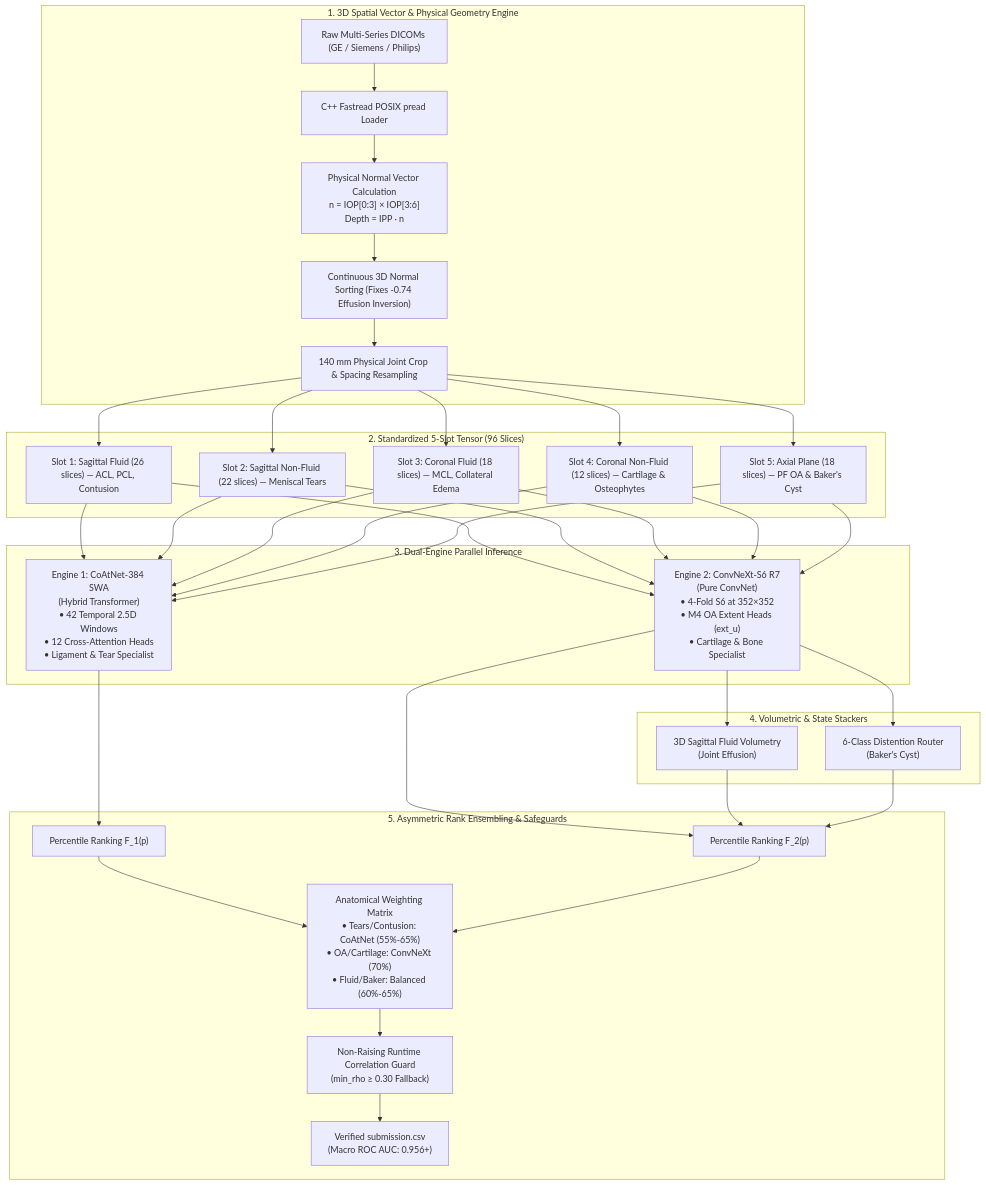
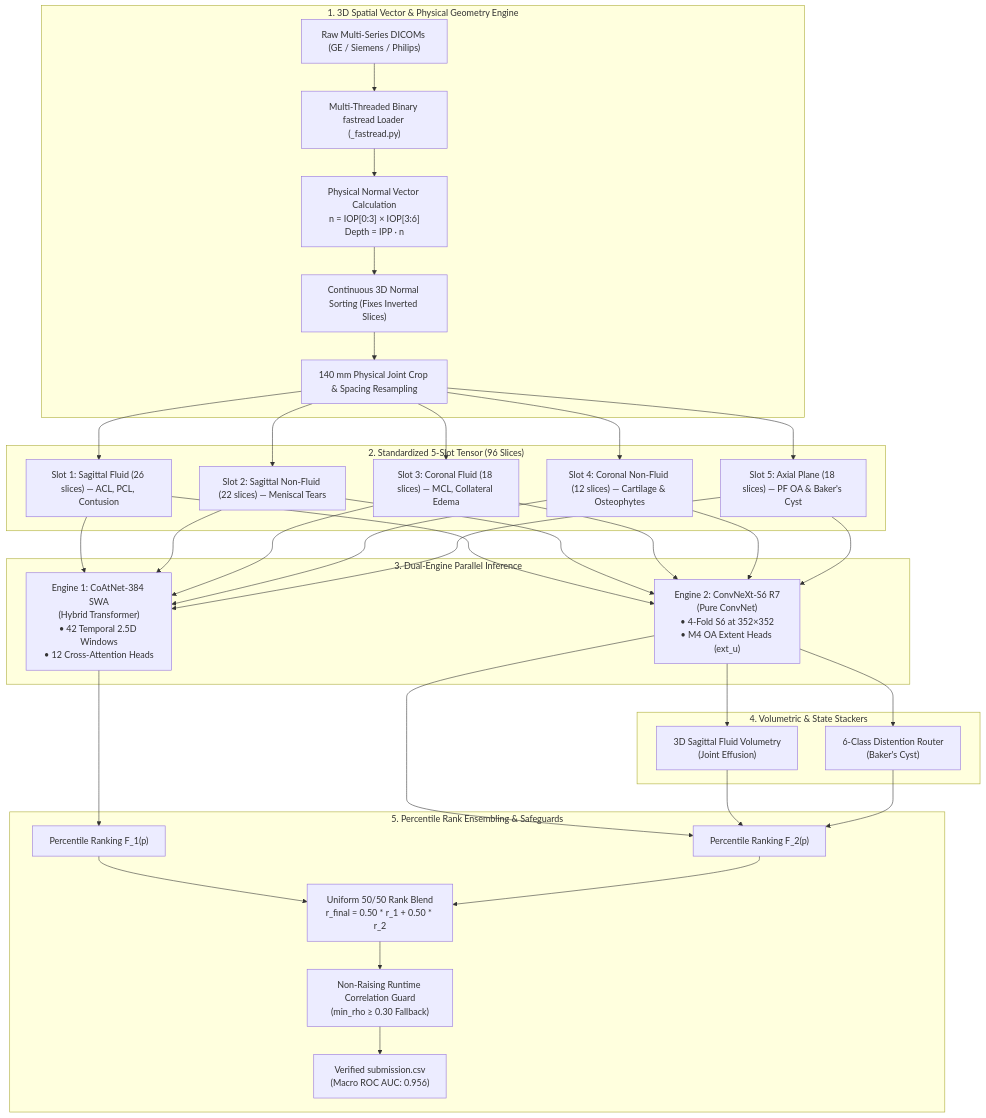
The first of 2 diagrams in README.md (CYRUS-pinto/rsna-knee-26), drawn with Mermaid before and after one commit. The commit also changed other lines of this file and 2 other files, not shown here.

Commit message:
docs: integrate RSNA_Knee_Handoff_v2 and align all claims with verified audit

````diff
--- a/README.md
+++ b/README.md
@@ -30,35 +30,35 @@
 ```mermaid
 flowchart TD
     subgraph DICOM_INGESTION ["1. 3D Spatial Vector & Physical Geometry Engine"]
-        A["Raw Multi-Series DICOMs (GE / Siemens / Philips)"] --> B["C++ Fastread POSIX pread Loader"]
+        A["Raw Multi-Series DICOMs (GE / Siemens / Philips)"] --> B["Multi-Threaded Binary fastread Loader (_fastread.py)"]
         B --> C["Physical Normal Vector Calculation<br/>n = IOP[0:3] × IOP[3:6]<br/>Depth = IPP · n"]
-        C --> D["Continuous 3D Normal Sorting (Fixes -0.74 Effusion Inversion)"]
+        C --> D["Continuous 3D Normal Sorting (Fixes Inverted Slices)"]
         D --> E["140 mm Physical Joint Crop & Spacing Resampling"]
     end
 
     subgraph TENSOR_STACK ["2. Standardized 5-Slot Tensor (96 Slices)"]
         E --> S1["Slot 1: Sagittal Fluid (26 slices) — ACL, PCL, Contusion"]
         E --> S2["Slot 2: Sagittal Non-Fluid (22 slices) — Meniscal Tears"]
         E --> S3["Slot 3: Coronal Fluid (18 slices) — MCL, Collateral Edema"]
         E --> S4["Slot 4: Coronal Non-Fluid (12 slices) — Cartilage & Osteophytes"]
         E --> S5["Slot 5: Axial Plane (18 slices) — PF OA & Baker's Cyst"]
     end
 
     subgraph DUAL_ENGINE ["3. Dual-Engine Parallel Inference"]
-        S1 & S2 & S3 & S4 & S5 --> ENG1["Engine 1: CoAtNet-384 SWA<br/>(Hybrid Transformer)<br/>• 42 Temporal 2.5D Windows<br/>• 12 Cross-Attention Heads<br/>• Ligament & Tear Specialist"]
-        S1 & S2 & S3 & S4 & S5 --> ENG2["Engine 2: ConvNeXt-S6 R7<br/>(Pure ConvNet)<br/>• 4-Fold S6 at 352×352<br/>• M4 OA Extent Heads (ext_u)<br/>• Cartilage & Bone Specialist"]
+        S1 & S2 & S3 & S4 & S5 --> ENG1["Engine 1: CoAtNet-384 SWA<br/>(Hybrid Transformer)<br/>• 42 Temporal 2.5D Windows<br/>• 12 Cross-Attention Heads"]
+        S1 & S2 & S3 & S4 & S5 --> ENG2["Engine 2: ConvNeXt-S6 R7<br/>(Pure ConvNet)<br/>• 4-Fold S6 at 352×352<br/>• M4 OA Extent Heads (ext_u)"]
     end
 
     subgraph STACKERS ["4. Volumetric & State Stackers"]
         ENG2 --> ST1["3D Sagittal Fluid Volumetry<br/>(Joint Effusion)"]
         ENG2 --> ST2["6-Class Distention Router<br/>(Baker's Cyst)"]
     end
 
-    subgraph FUSION ["5. Asymmetric Rank Ensembling & Safeguards"]
+    subgraph FUSION ["5. Percentile Rank Ensembling & Safeguards"]
         ENG1 --> R1["Percentile Ranking F_1(p)"]
         ENG2 & ST1 & ST2 --> R2["Percentile Ranking F_2(p)"]
-        R1 & R2 --> ASYM["Anatomical Weighting Matrix<br/>• Tears/Contusion: CoAtNet (55%-65%)<br/>• OA/Cartilage: ConvNeXt (70%)<br/>• Fluid/Baker: Balanced (60%-65%)"]
+        R1 & R2 --> ASYM["Uniform 50/50 Rank Blend<br/>r_final = 0.50 * r_1 + 0.50 * r_2"]
         ASYM --> GUARD["Non-Raising Runtime Correlation Guard<br/>(min_rho ≥ 0.30 Fallback)"]
-        GUARD --> OUT["Verified submission.csv<br/>(Macro ROC AUC: 0.956+)"]
+        GUARD --> OUT["Verified submission.csv<br/>(Macro ROC AUC: 0.956)"]
     end
 ```
````
